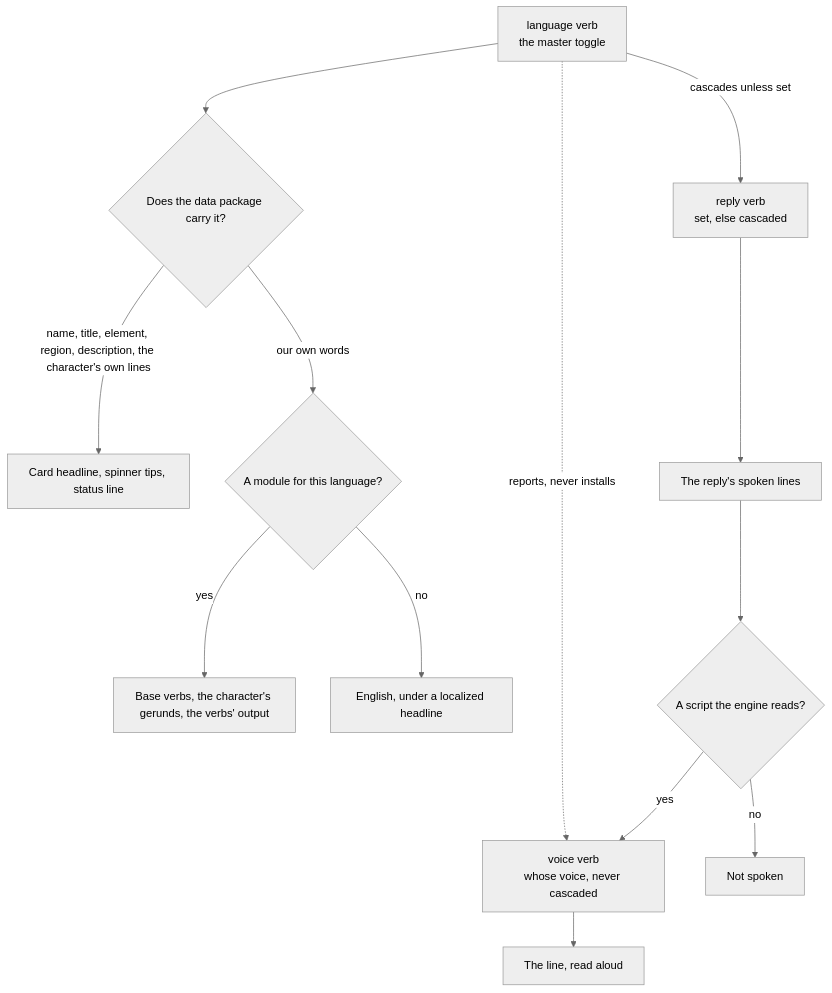
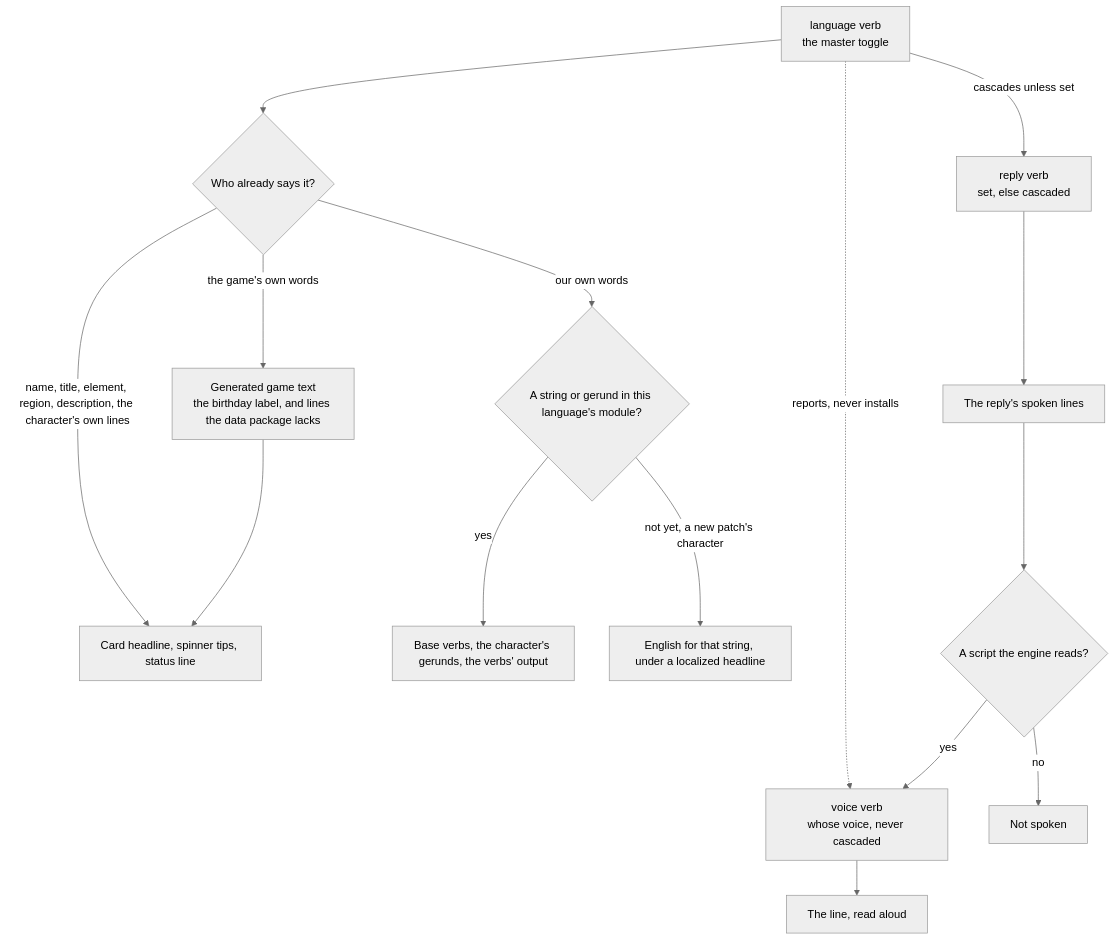
One commit to Esposter/Esposter changed the fifth of 6 diagrams in apps/web/content/docs/infra/claude-interface/persona-plugin.md. Above: the diagram before and after it, drawn with Mermaid (neutral theme). The commit also changed other lines of this file and 14 other files, not shown here.

First line of the commit message:
docs(genshin-text): the game's own words, where they come from and who reads them

````diff
--- a/apps/web/content/docs/infra/claude-interface/persona-plugin.md
+++ b/apps/web/content/docs/infra/claude-interface/persona-plugin.md
@@ -212,19 +213,21 @@
 ```mermaid
 flowchart TD
     Language["language verb<br/>the master toggle"]
     Reply["reply verb<br/>set, else cascaded"]
     Dub["voice verb<br/>whose voice, never cascaded"]
 
     Language -->|cascades unless set| Reply
     Language -.->|reports, never installs| Dub
-    Language --> Data{"Does the data package carry it?"}
+    Language --> Data{"Who already says it?"}
     Data -- "name, title, element, region, description, the character's own lines" --> Free["Card headline, spinner tips, status line"]
-    Data -- "our own words" --> Module{"A module for this language?"}
+    Data -- "the game's own words" --> Game["Generated game text<br/>the birthday label, and lines the data package lacks"]
+    Game --> Free
+    Data -- "our own words" --> Module{"A string or gerund in this language's module?"}
     Module -- yes --> Ours["Base verbs, the character's gerunds, the verbs' output"]
-    Module -- no --> Fallback["English, under a localized headline"]
+    Module -- "not yet, a new patch's character" --> Fallback["English for that string, under a localized headline"]
     Reply --> Prose["The reply's spoken lines"]
     Prose --> Script{"A script the engine reads?"}
     Script -- no --> Silent["Not spoken"]
     Script -- yes --> Dub
     Dub --> Speech["The line, read aloud"]
 ```
````
